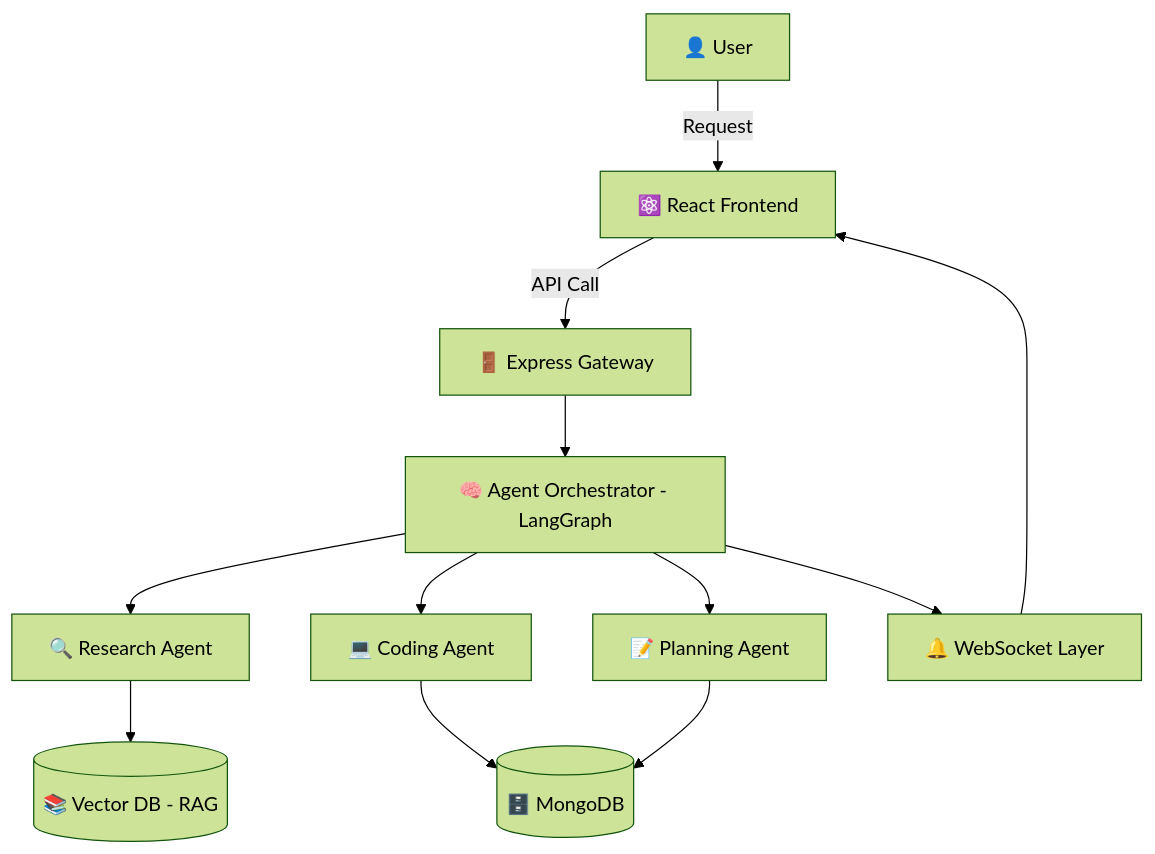
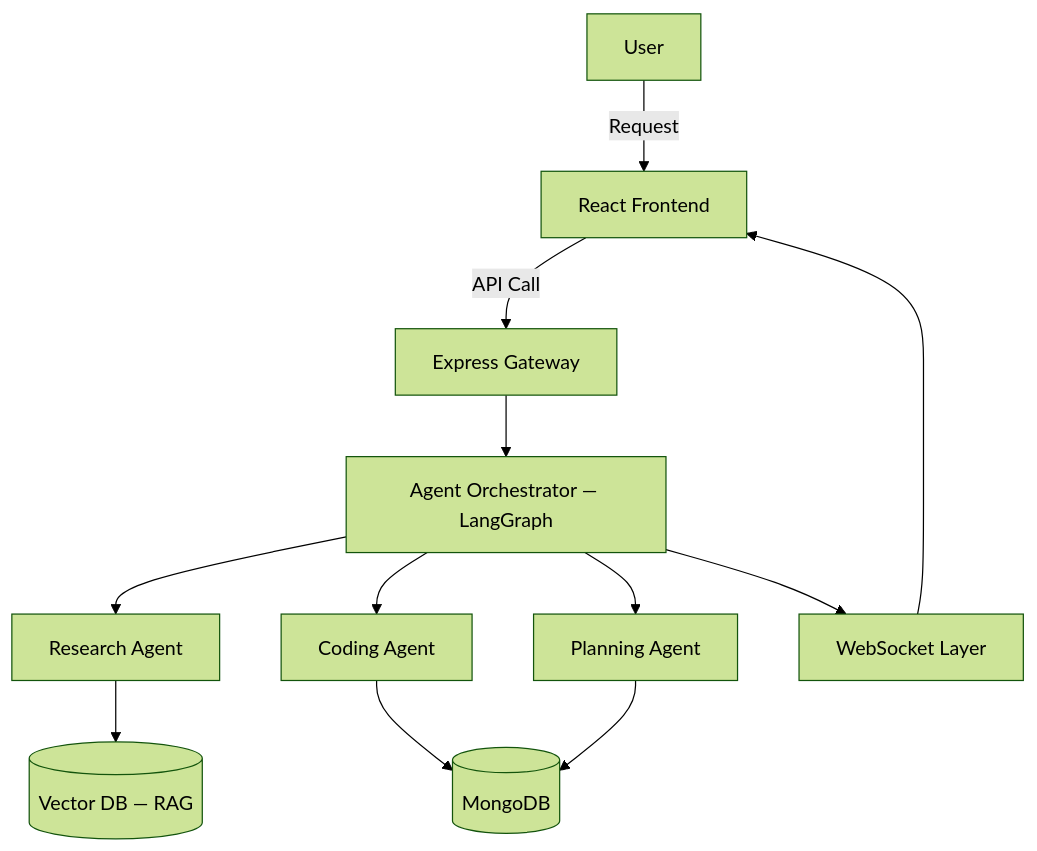
One commit to Aniruddha-Shukla/CORTEX-AI changed the diagram in README.md. Above: the diagram before and after it, drawn with Mermaid (forest theme). The commit also changed other lines of this file, not shown here.

````diff
--- a/README.md
+++ b/README.md
@@ -74,14 +43,14 @@
 ```mermaid
 flowchart TD
-    A[👤 User] -->|Request| B[⚛️ React Frontend]
-    B -->|API Call| C[🚪 Express Gateway]
-    C --> D[🧠 Agent Orchestrator - LangGraph]
-    D --> E[🔍 Research Agent]
-    D --> F[💻 Coding Agent]
-    D --> G[📝 Planning Agent]
-    E --> H[(📚 Vector DB - RAG)]
-    F --> I[(🗄️ MongoDB)]
+    A[User] -->|Request| B[React Frontend]
+    B -->|API Call| C[Express Gateway]
+    C --> D[Agent Orchestrator — LangGraph]
+    D --> E[Research Agent]
+    D --> F[Coding Agent]
+    D --> G[Planning Agent]
+    E --> H[(Vector DB — RAG)]
+    F --> I[(MongoDB)]
     G --> I
-    D --> J[🔔 WebSocket Layer]
+    D --> J[WebSocket Layer]
     J --> B
 ```
````
